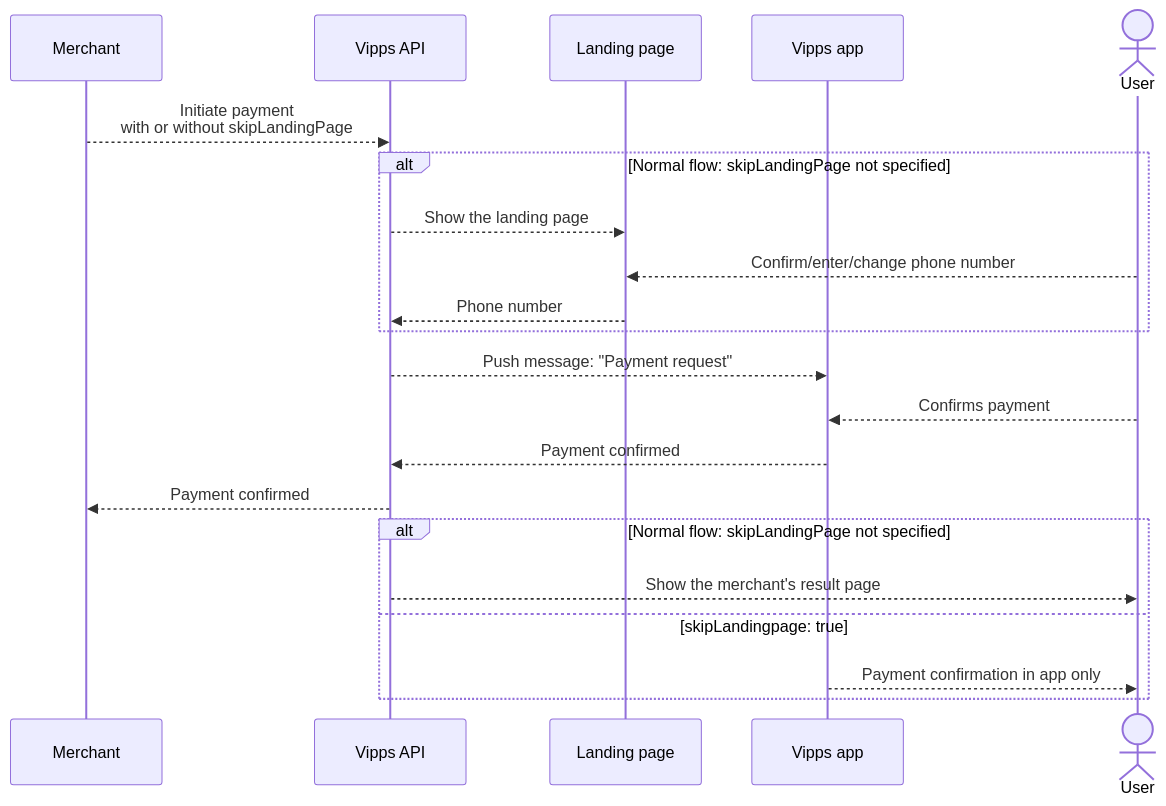
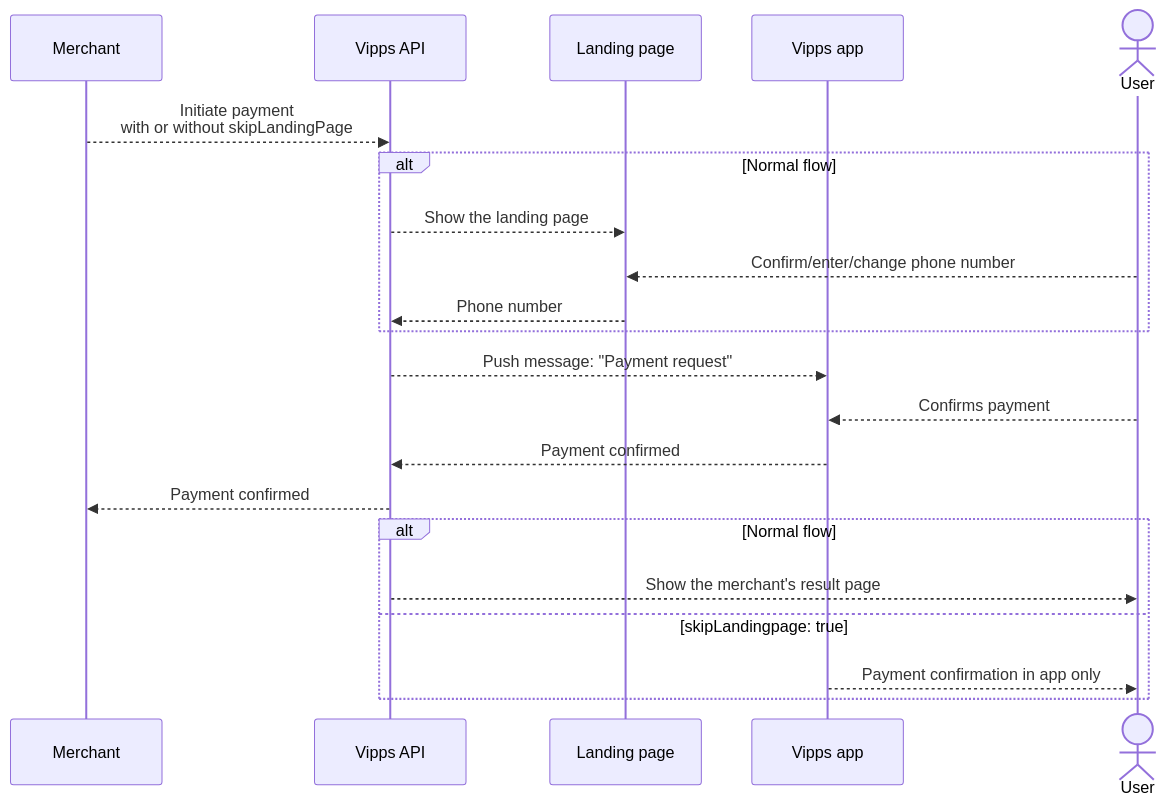
One commit to vippsas/vipps-developers changed the diagram in common-topics/vipps-landing-page.md. Above: the diagram before and after it, drawn with Mermaid.

Commit message:
Label fix

````diff
--- a/common-topics/vipps-landing-page.md
+++ b/common-topics/vipps-landing-page.md
@@ -122,23 +122,23 @@
 ```mermaid
 sequenceDiagram
     participant M as Merchant
     participant API as Vipps API
     participant LP as Landing page
     participant App as Vipps app
     actor U as User
     M-->>API: Initiate payment<br/>with or without skipLandingPage
-    alt Normal flow: skipLandingPage not specified
+    alt Normal flow
         API-->>LP: Show the landing page
         U-->>LP: Confirm/enter/change phone number
         LP-->>API: Phone number
     end
     API-->>App: Push message: "Payment request"
     U-->>App: Confirms payment
     App-->>API: Payment confirmed
     API-->>M: Payment confirmed
-    alt Normal flow: skipLandingPage not specified
+    alt Normal flow
         API-->>U: Show the merchant's result page
     else skipLandingpage: true
         App-->>U: Payment confirmation in app only
     end
 ```    
````
